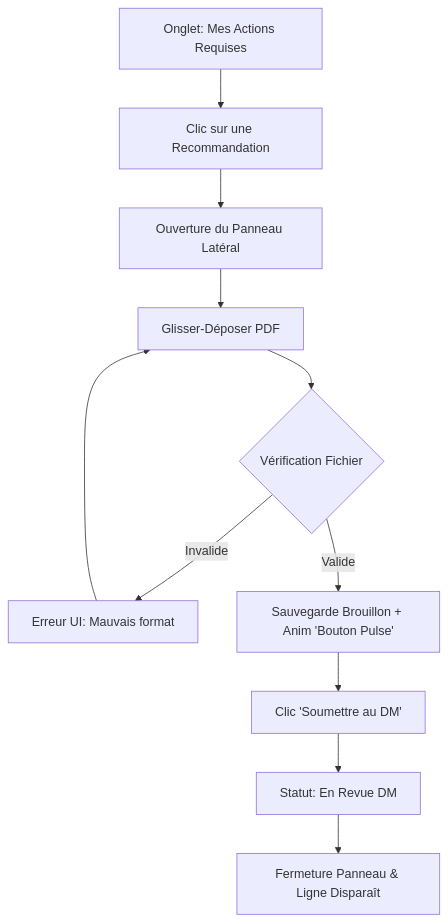
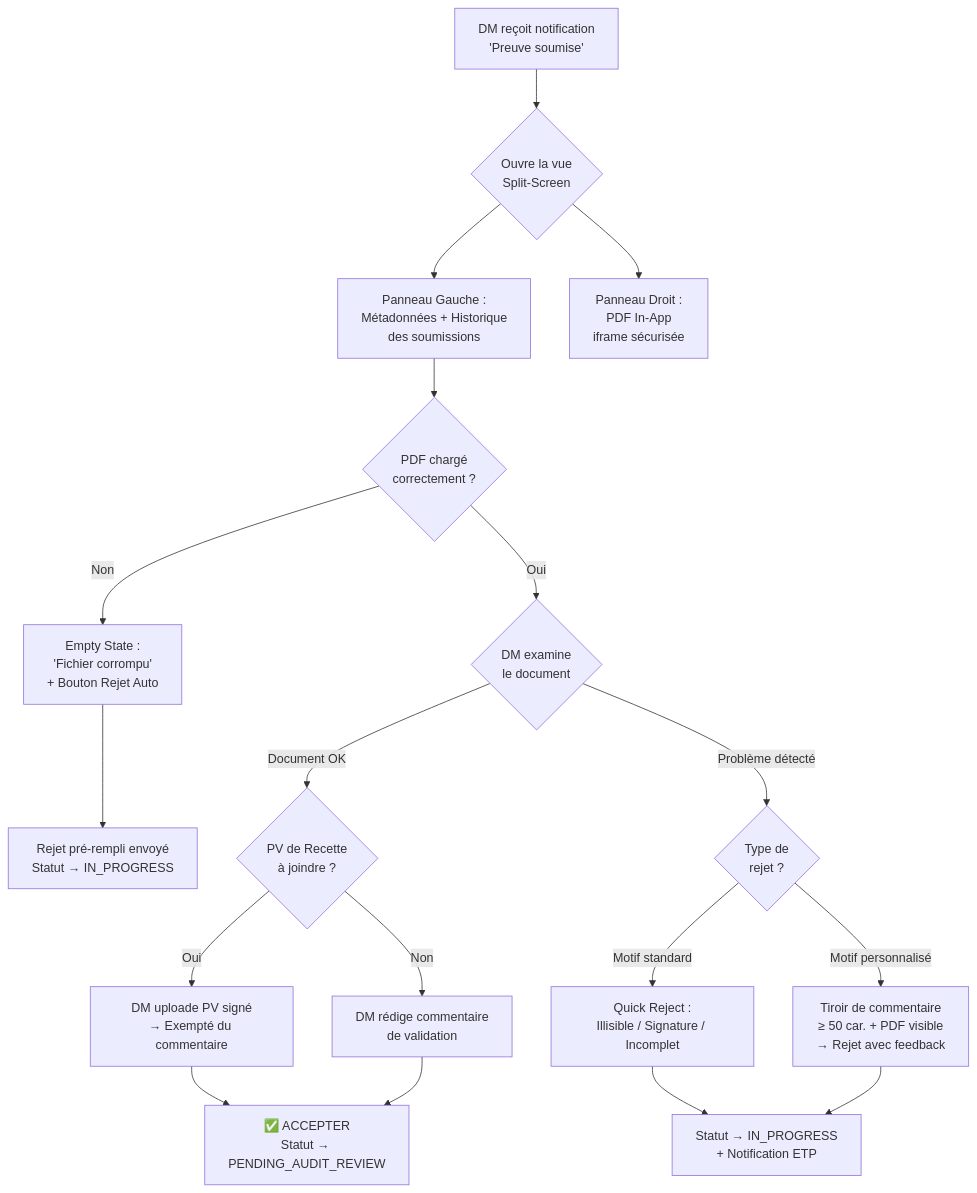
One commit to Tchendjou2003/bicec--Sentinel changed the second of 4 diagrams in _bmad-output/planning-artifacts/ux-design-specification.md. Above: the diagram before and after it, drawn with Mermaid. The commit also changed other lines of this file and 7 other files, not shown here.

Commit message:
feat: add planning artifacts including UX design specifications, architecture, and project documentation

````diff
--- a/_bmad-output/planning-artifacts/ux-design-specification.md
+++ b/_bmad-output/planning-artifacts/ux-design-specification.md
@@ -203,13 +368,20 @@
 ```mermaid
-graph TD
-    A[Onglet: Mes Actions Requises] --> B[Clic sur une Recommandation]
-    B --> C[Ouverture du Panneau Latéral]
-    C --> D[Glisser-Déposer PDF]
-    D --> E{Vérification Fichier}
-    E -->|Invalide| F[Erreur UI: Mauvais format]
-    F --> D
-    E -->|Valide| G[Sauvegarde Brouillon + Anim 'Bouton Pulse']
-    G --> H[Clic 'Soumettre au DM']
-    H --> I[Statut: En Revue DM]
-    I --> J[Fermeture Panneau & Ligne Disparaît]
+flowchart TD
+    A[DM reçoit notification\n'Preuve soumise'] --> B{Ouvre la vue\nSplit-Screen}
+    B --> C[Panneau Gauche :\nMétadonnées + Historique\ndes soumissions]
+    B --> D[Panneau Droit :\nPDF In-App\niframe sécurisée]
+    C --> E{PDF chargé\ncorrectement ?}
+    E -->|Non| F[Empty State :\n'Fichier corrompu'\n+ Bouton Rejet Auto]
+    F --> G[Rejet pré-rempli envoyé\nStatut → IN_PROGRESS]
+    E -->|Oui| H{DM examine\nle document}
+    H -->|Document OK| I{PV de Recette\nà joindre ?}
+    I -->|Oui| J[DM uploade PV signé\n→ Exempté du commentaire]
+    I -->|Non| K[DM rédige commentaire\nde validation]
+    J --> L[✅ ACCEPTER\nStatut → PENDING_AUDIT_REVIEW]
+    K --> L
+    H -->|Problème détecté| M{Type de\nrejet ?}
+    M -->|Motif standard| N[Quick Reject :\nIllisible / Signature / Incomplet]
+    M -->|Motif personnalisé| O[Tiroir de commentaire\n≥ 50 car. + PDF visible\n→ Rejet avec feedback]
+    N --> P[Statut → IN_PROGRESS\n+ Notification ETP]
+    O --> P
 ```
````
